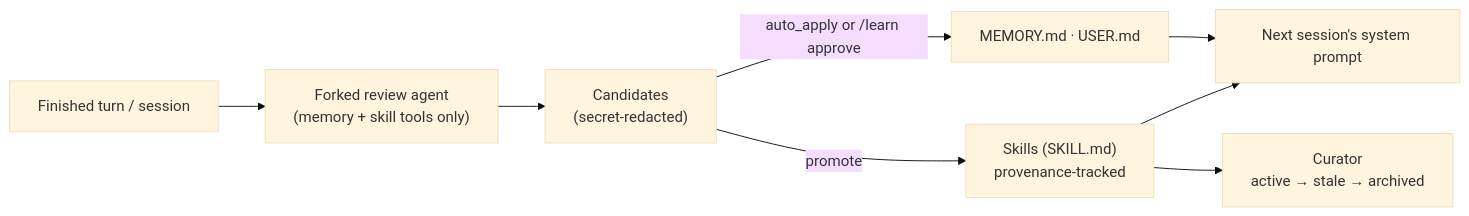
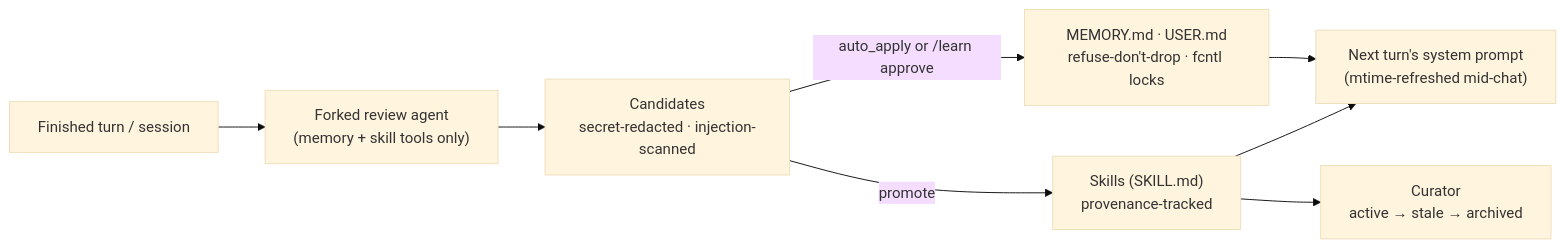
One commit to Alien0013/aegis changed the fourth of 5 diagrams in README.md. Above: the diagram before and after it, drawn with Mermaid (base theme). The commit also changed other lines of this file and 6 other files, not shown here.

````diff
--- a/README.md
+++ b/README.md
@@ -136,10 +149,10 @@
 ```mermaid
 flowchart LR
     S["Finished turn / session"] --> R["Forked review agent<br/>(memory + skill tools only)"]
-    R --> C["Candidates<br/>(secret-redacted)"]
-    C -->|auto_apply or /learn approve| M["MEMORY.md · USER.md"]
+    R --> C["Candidates<br/>secret-redacted · injection-scanned"]
+    C -->|auto_apply or /learn approve| M["MEMORY.md · USER.md<br/>refuse-don't-drop · fcntl locks"]
     C -->|promote| K["Skills (SKILL.md)<br/>provenance-tracked"]
-    M --> P["Next session's system prompt"]
+    M --> P["Next turn's system prompt<br/>(mtime-refreshed mid-chat)"]
     K --> P
     K --> CUR["Curator<br/>active → stale → archived"]
 ```
````
